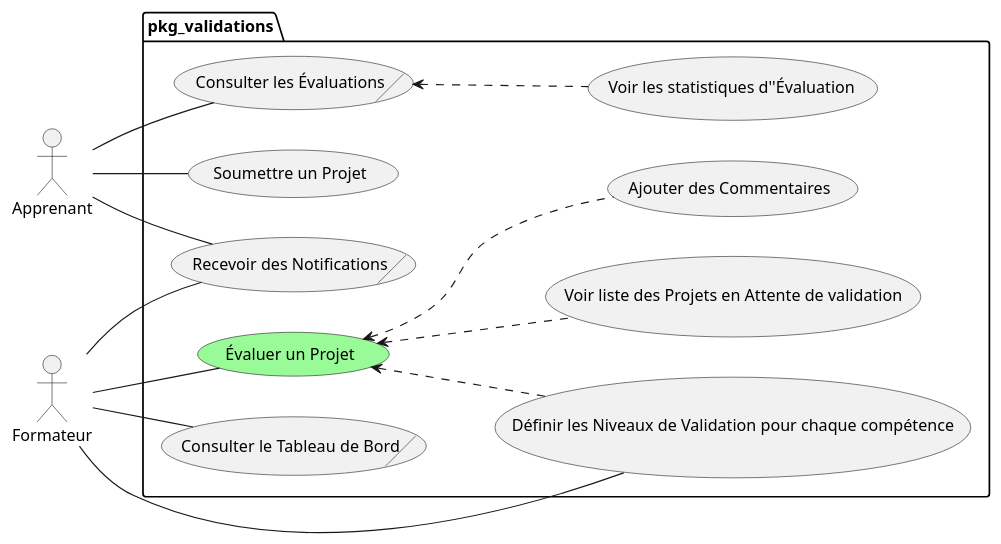
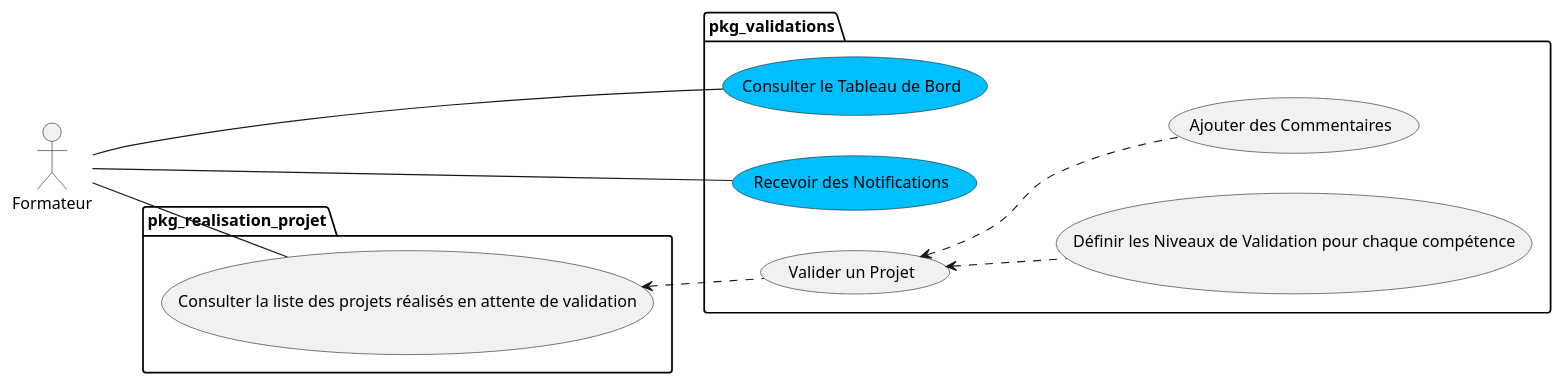
One commit to solicoders/soli-lms changed the diagram in modélisation/pkg_validations/uses_cases_pkg_validations.puml. Above: the diagram before and after it, drawn with PlantUML. The commit also changed 4 other files, not shown here.

```diff
--- a/modélisation/pkg_validations/uses_cases_pkg_validations.puml
+++ b/modélisation/pkg_validations/uses_cases_pkg_validations.puml
@@ -1,26 +1,31 @@
 @startuml uses_cases_pkg_validations
 
 left to right direction
 actor Formateur
-actor Apprenant
+
 
 
 package pkg_validations {
- (Évaluer un Projet)  #palegreen
-  Formateur -- (Évaluer un Projet)
-  Formateur -- (Définir les Niveaux de Validation pour chaque compétence)
+ (Consulter le Tableau de Bord)  #DeepSkyblue
+ (Recevoir des Notifications)    #DeepSkyblue
+
+
+ 
   Formateur -- (Consulter le Tableau de Bord)/
   Formateur -- (Recevoir des Notifications)/
 
-  Apprenant -- (Soumettre un Projet)
-  Apprenant -- (Consulter les Évaluations)/
-  Apprenant -- (Recevoir des Notifications)/
+  (Valider un Projet) <.. (Définir les Niveaux de Validation pour chaque compétence)
+  (Valider un Projet) <.. (Ajouter des Commentaires)
+  
 
-  (Évaluer un Projet) <.. (Définir les Niveaux de Validation pour chaque compétence)
-  (Évaluer un Projet) <.. (Ajouter des Commentaires)
-  (Consulter les Évaluations) <.. (Voir les statistiques d''Évaluation)
-  (Évaluer un Projet)<.. (Voir liste des Projets en Attente de validation)
+} 
 
-}  
+
+package pkg_realisation_projet{
+
+   Formateur -- (Consulter la liste des projets réalisés en attente de validation)
+   (Consulter la liste des projets réalisés en attente de validation) <.. (Valider un Projet)
+
+}
 
 @enduml
```
